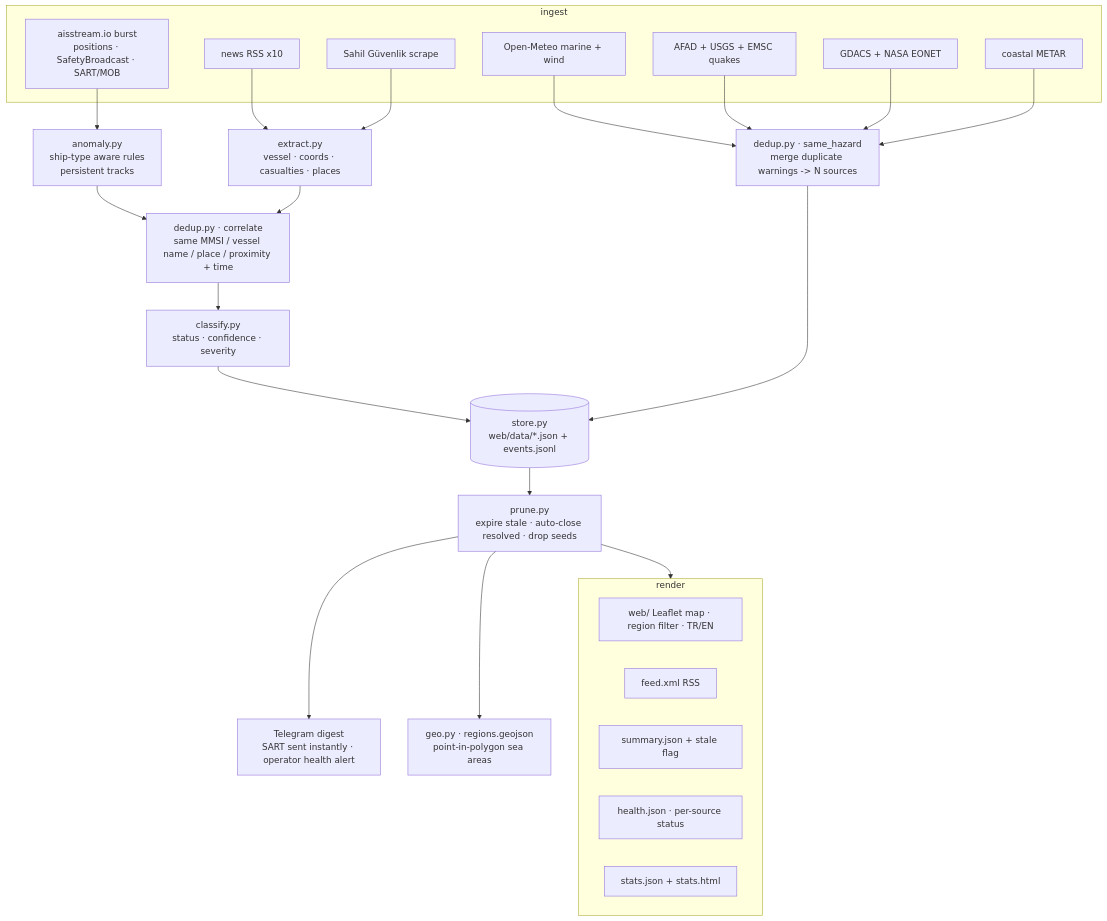
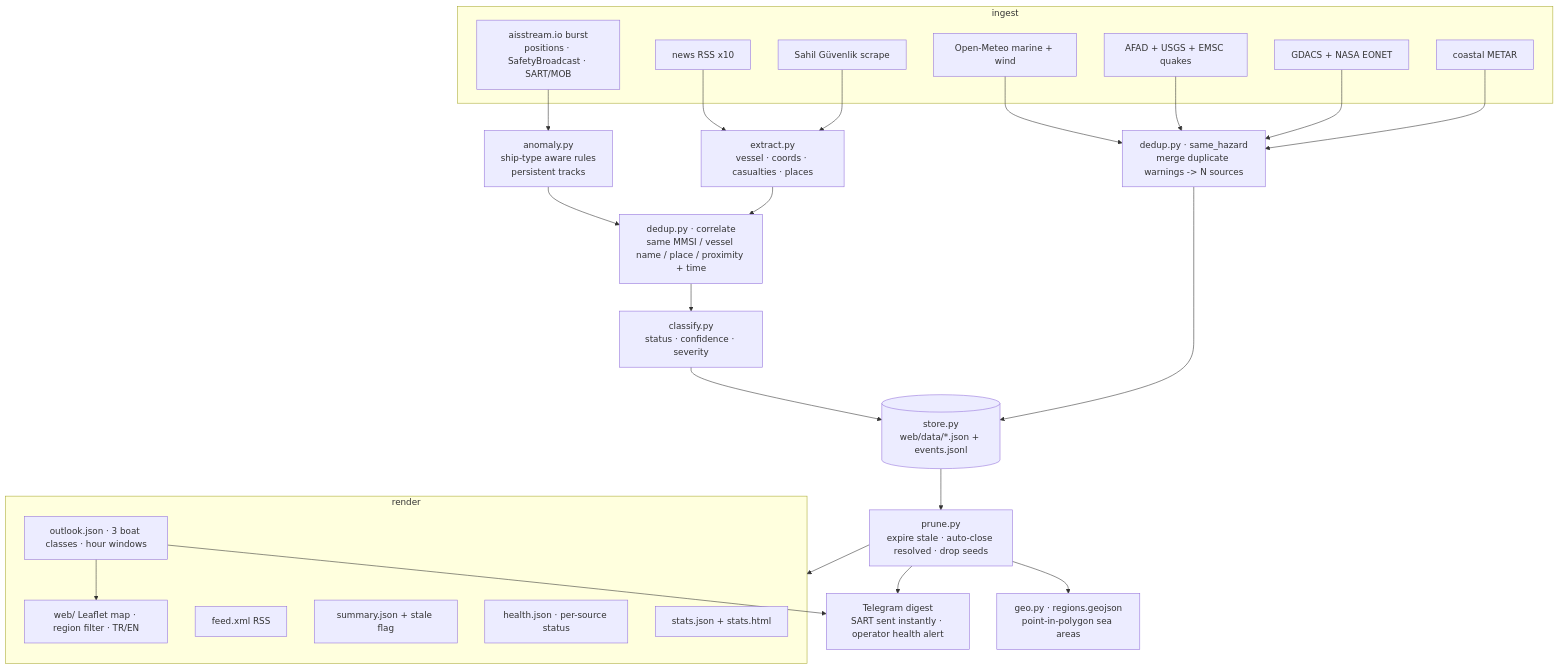
One commit to KeremKalyoncu/maritime-watch changed the diagram in ARCHITECTURE.md. Above: the diagram before and after it, drawn with Mermaid. The commit also changed other lines of this file and 10 other files, not shown here.

First line of the commit message:
chore: tidy go/no-go docs drift and roadmap notes

````diff
--- a/ARCHITECTURE.md
+++ b/ARCHITECTURE.md
@@ -5,38 +5,41 @@
 ```mermaid
 flowchart TD
     subgraph ingest
         AIS[aisstream.io burst<br/>positions · SafetyBroadcast · SART/MOB]
         OM[Open-Meteo marine + wind]
         EQ[AFAD + USGS + EMSC quakes]
         SG[Sahil Güvenlik scrape]
         NEWS[news RSS x10]
         DIS[GDACS + NASA EONET]
         MET[coastal METAR]
     end
 
     AIS --> ANOM[anomaly.py<br/>ship-type aware rules<br/>persistent tracks]
     NEWS --> EX[extract.py<br/>vessel · coords · casualties · places]
     SG --> EX
     ANOM --> COR[dedup.py · correlate<br/>same MMSI / vessel name / place / proximity + time]
     EX --> COR
     COR --> CLS[classify.py<br/>status · confidence · severity]
     CLS --> STORE[(store.py<br/>web/data/*.json + events.jsonl)]
 
     OM --> WCOR[dedup.py · same_hazard<br/>merge duplicate warnings -> N sources]
     EQ --> WCOR
     DIS --> WCOR
     MET --> WCOR
     WCOR --> STORE
 
     STORE --> PRUNE[prune.py<br/>expire stale · auto-close resolved · drop seeds]
     PRUNE --> RENDER
     subgraph RENDER [render]
         MAP[web/ Leaflet map · region filter · TR/EN]
+        OUT[outlook.json · 3 boat classes · hour windows]
         FEED[feed.xml RSS]
         SUM[summary.json + stale flag]
         HEALTH[health.json · per-source status]
         STATS[stats.json + stats.html]
     end
     PRUNE --> TG[Telegram digest<br/>SART sent instantly · operator health alert]
     PRUNE --> GEO[geo.py · regions.geojson<br/>point-in-polygon sea areas]
+    OUT --> MAP
+    OUT --> TG
 ```
````
